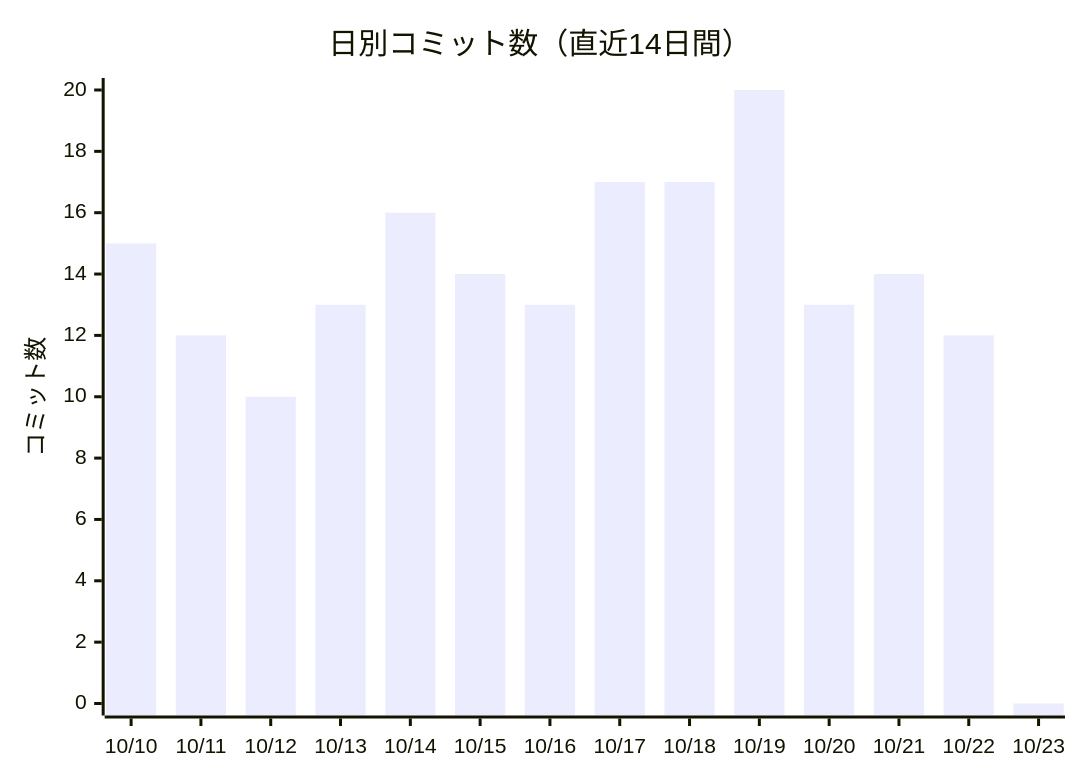
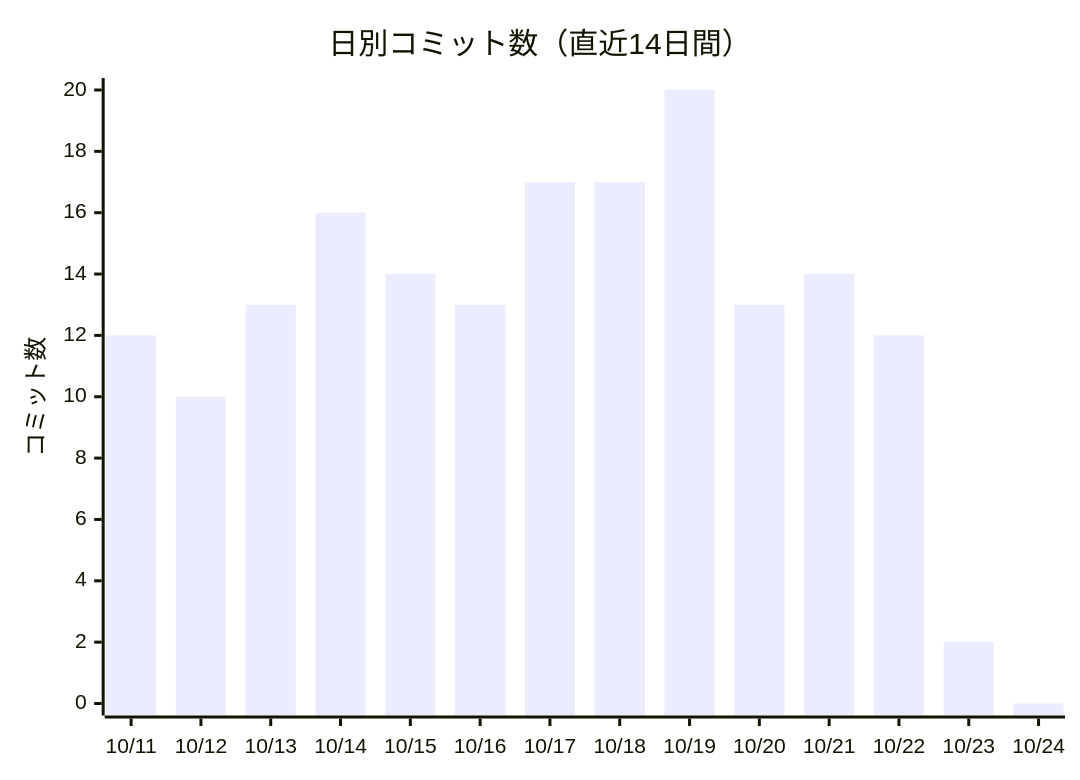
Before and after one commit to non-x2/non-x2: the first of 2 diagrams in docs/進化レポート.md, drawn with Mermaid. The commit also changed other lines of this file and 3 other files, not shown here.

````diff
--- a/docs/進化レポート.md
+++ b/docs/進化レポート.md
@@ -23,7 +23,7 @@
 ```mermaid
 xychart-beta
     title "日別コミット数（直近14日間）"
-    x-axis ["10/10", "10/11", "10/12", "10/13", "10/14", "10/15", "10/16", "10/17", "10/18", "10/19", "10/20", "10/21", "10/22", "10/23"]
+    x-axis ["10/11", "10/12", "10/13", "10/14", "10/15", "10/16", "10/17", "10/18", "10/19", "10/20", "10/21", "10/22", "10/23", "10/24"]
     y-axis "コミット数"
-    bar [15, 12, 10, 13, 16, 14, 13, 17, 17, 20, 13, 14, 12, 0]
+    bar [12, 10, 13, 16, 14, 13, 17, 17, 20, 13, 14, 12, 2, 0]
 ```
````
